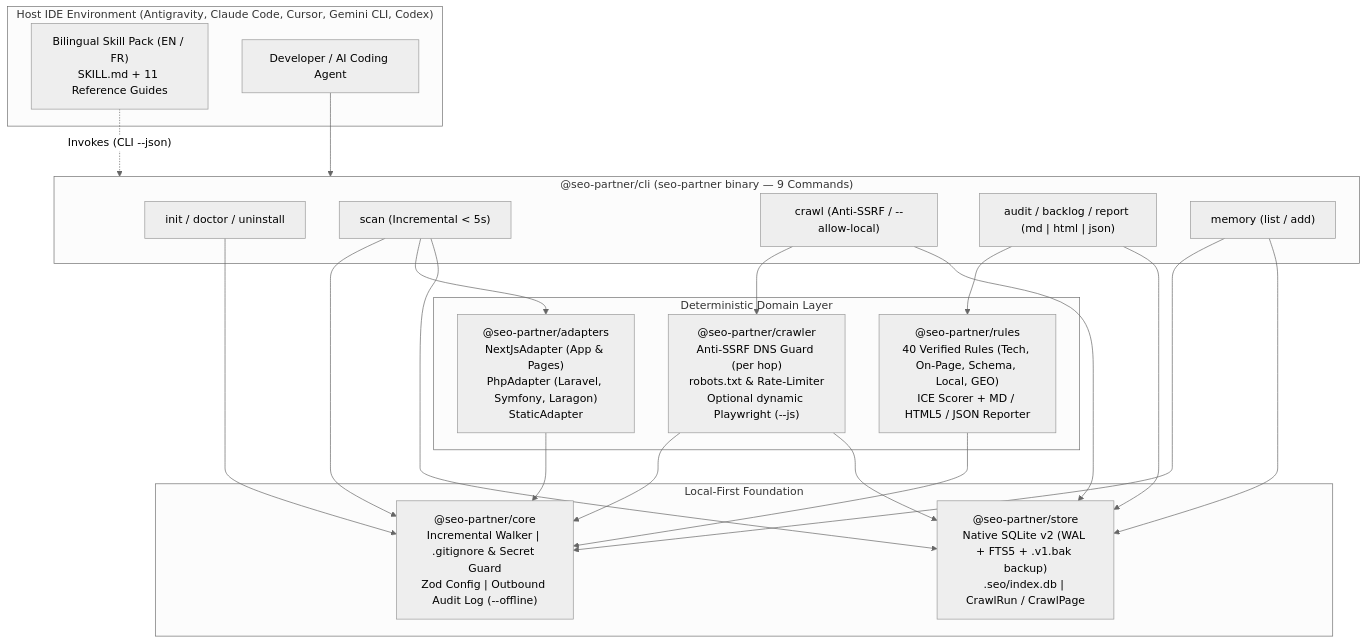
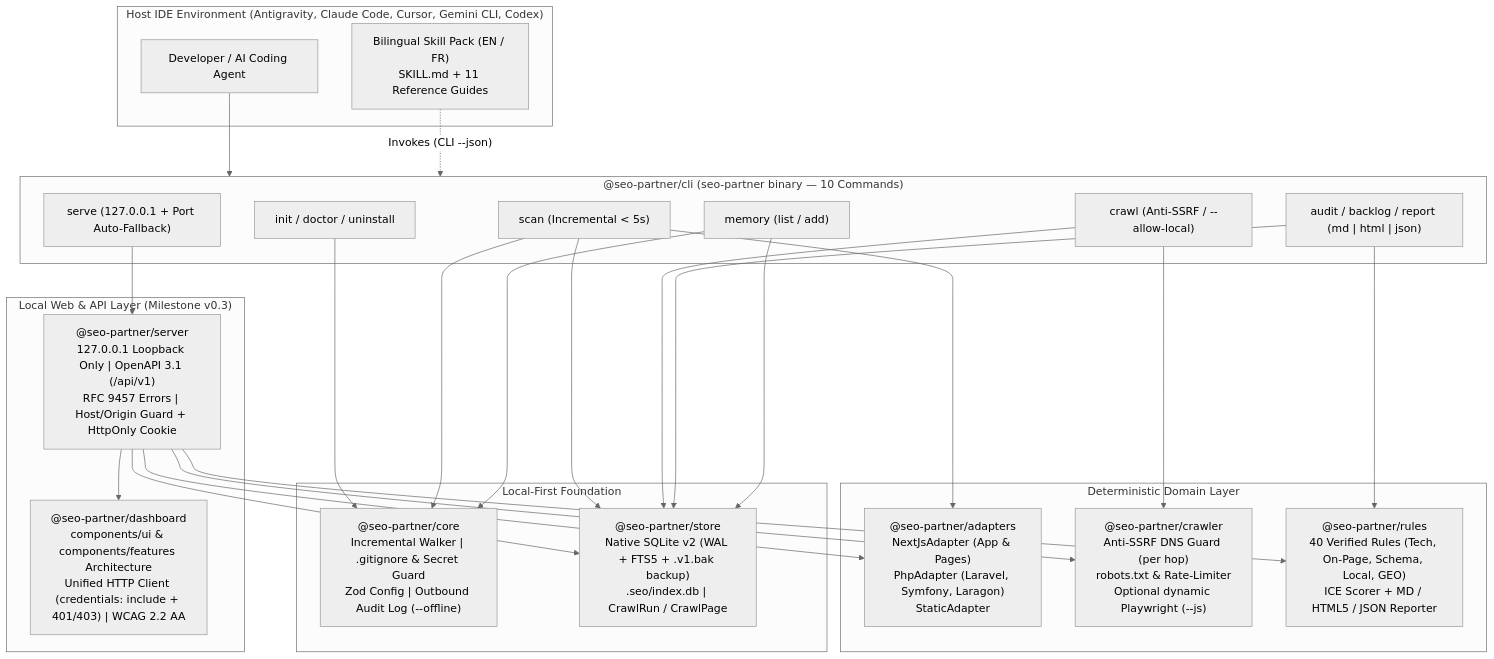
One commit to Firinze/seo-partner changed the first of 2 diagrams in README.md. Above: the diagram before and after it, drawn with Mermaid (neutral theme). The commit also changed other lines of this file and 33 other files, not shown here.

Commit message:
feat: add local API server, web dashboard, and CLI serve command for v0.3 release

````diff
--- a/README.md
+++ b/README.md
@@ -63,43 +66,51 @@
 ```mermaid
 flowchart TB
   subgraph IDE["Host IDE Environment (Antigravity, Claude Code, Cursor, Gemini CLI, Codex)"]
     SKILL["Bilingual Skill Pack (EN / FR)\nSKILL.md + 11 Reference Guides"]
     DEV["Developer / AI Coding Agent"]
   end
 
-  subgraph CLI_LAYER["@seo-partner/cli (seo-partner binary — 9 Commands)"]
+  subgraph CLI_LAYER["@seo-partner/cli (seo-partner binary — 10 Commands)"]
     CMD_INIT["init / doctor / uninstall"]
     CMD_SCAN["scan (Incremental < 5s)"]
     CMD_CRAWL["crawl (Anti-SSRF / --allow-local)"]
     CMD_AUDIT["audit / backlog / report (md | html | json)"]
+    CMD_SERVE["serve (127.0.0.1 + Port Auto-Fallback)"]
     CMD_MEM["memory (list / add)"]
+  end
+
+  subgraph WEB_LAYER["Local Web & API Layer (Milestone v0.3)"]
+    SERVER["@seo-partner/server\n127.0.0.1 Loopback Only | OpenAPI 3.1 (/api/v1)\nRFC 9457 Errors | Host/Origin Guard + HttpOnly Cookie"]
+    DASHBOARD["@seo-partner/dashboard\ncomponents/ui & components/features Architecture\nUnified HTTP Client (credentials: include + 401/403) | WCAG 2.2 AA"]
   end
 
   subgraph ENGINE_LAYER["Deterministic Domain Layer"]
     ADAPTERS["@seo-partner/adapters\nNextJsAdapter (App & Pages)\nPhpAdapter (Laravel, Symfony, Laragon)\nStaticAdapter"]
     CRAWLER["@seo-partner/crawler\nAnti-SSRF DNS Guard (per hop)\nrobots.txt & Rate-Limiter\nOptional dynamic Playwright (--js)"]
     RULES["@seo-partner/rules\n40 Verified Rules (Tech, On-Page, Schema, Local, GEO)\nICE Scorer + MD / HTML5 / JSON Reporter"]
   end
 
   subgraph FOUNDATION_LAYER["Local-First Foundation"]
     CORE["@seo-partner/core\nIncremental Walker | .gitignore & Secret Guard\nZod Config | Outbound Audit Log (--offline)"]
     STORE["@seo-partner/store\nNative SQLite v2 (WAL + FTS5 + .v1.bak backup)\n.seo/index.db | CrawlRun / CrawlPage"]
   end
 
   DEV --> CLI_LAYER
   SKILL -. "Invokes (CLI --json)" .-> CLI_LAYER
+  CMD_SERVE --> SERVER
+  SERVER --> DASHBOARD
+  SERVER --> ADAPTERS
+  SERVER --> CRAWLER
+  SERVER --> RULES
+  SERVER --> STORE
   CMD_INIT --> CORE
   CMD_SCAN --> CORE
   CMD_SCAN --> ADAPTERS
   CMD_SCAN --> STORE
   CMD_CRAWL --> CRAWLER
   CMD_CRAWL --> STORE
   CMD_AUDIT --> RULES
   CMD_AUDIT --> STORE
   CMD_MEM --> CORE
   CMD_MEM --> STORE
-  ADAPTERS --> CORE
-  CRAWLER --> CORE
-  CRAWLER --> STORE
-  RULES --> CORE
 ```
````
